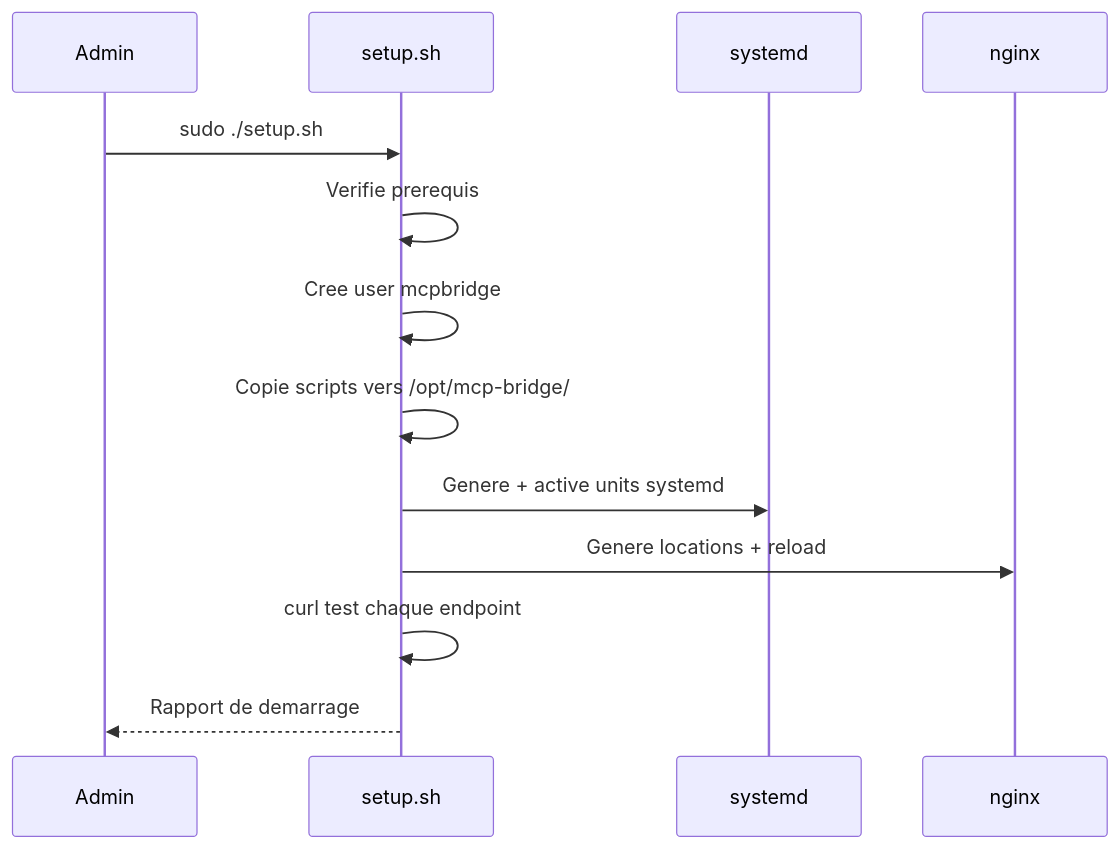
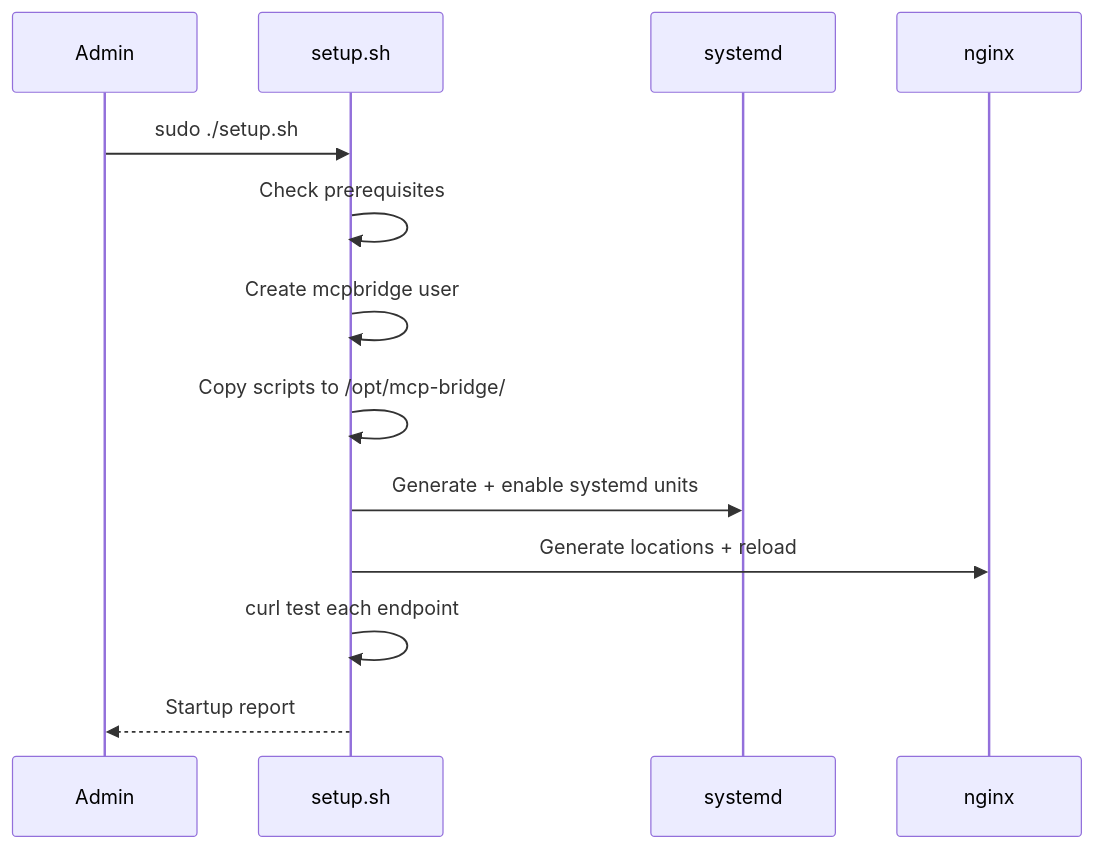
The third of 3 diagrams in docs/starlight/src/content/docs/tutorials/setup-mcp-proxies.mdx (jeanbaptiste/webmcp-auto-ui), drawn with Mermaid before and after one commit. The commit also changed other lines of this file and 94 other files, not shown here.

````diff
--- a/docs/starlight/src/content/docs/tutorials/setup-mcp-proxies.mdx
+++ b/docs/starlight/src/content/docs/tutorials/setup-mcp-proxies.mdx
@@ -124,16 +124,16 @@
 ```mermaid
 sequenceDiagram
     participant Admin
     participant Setup as setup.sh
     participant System as systemd
     participant Nginx as nginx
 
     Admin->>Setup: sudo ./setup.sh
-    Setup->>Setup: Verifie prerequis
-    Setup->>Setup: Cree user mcpbridge
-    Setup->>Setup: Copie scripts vers /opt/mcp-bridge/
-    Setup->>System: Genere + active units systemd
-    Setup->>Nginx: Genere locations + reload
-    Setup->>Setup: curl test chaque endpoint
-    Setup-->>Admin: Rapport de demarrage
+    Setup->>Setup: Check prerequisites
+    Setup->>Setup: Create mcpbridge user
+    Setup->>Setup: Copy scripts to /opt/mcp-bridge/
+    Setup->>System: Generate + enable systemd units
+    Setup->>Nginx: Generate locations + reload
+    Setup->>Setup: curl test each endpoint
+    Setup-->>Admin: Startup report
 ```
````
